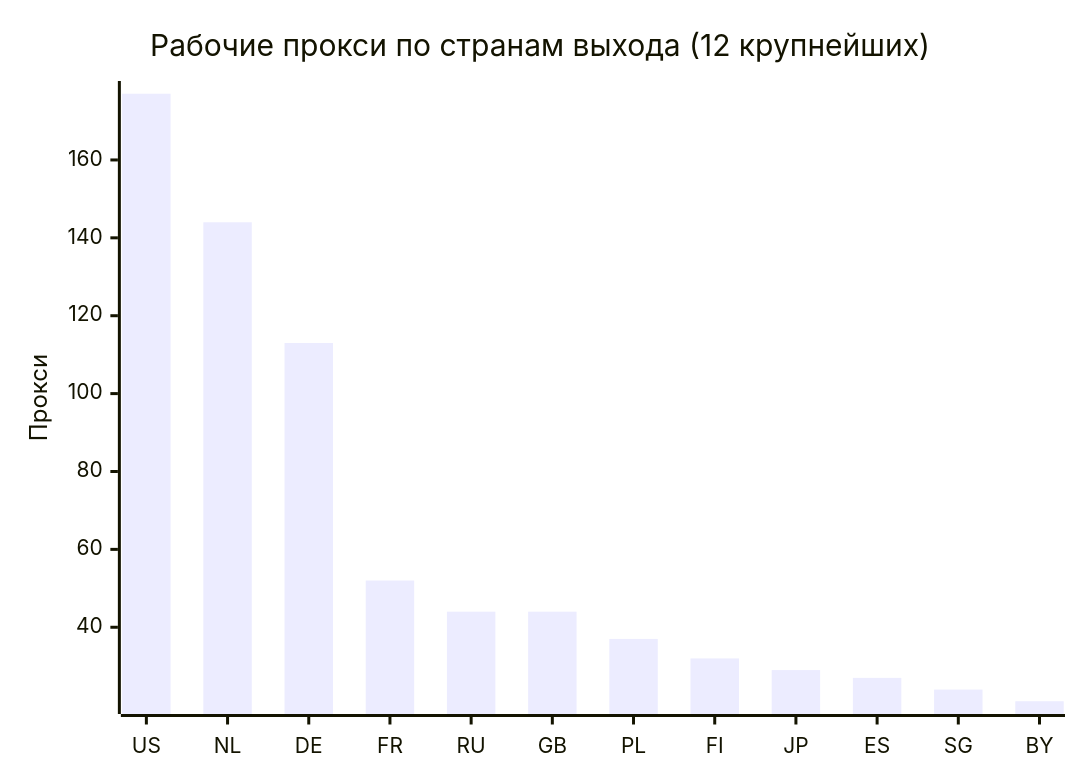
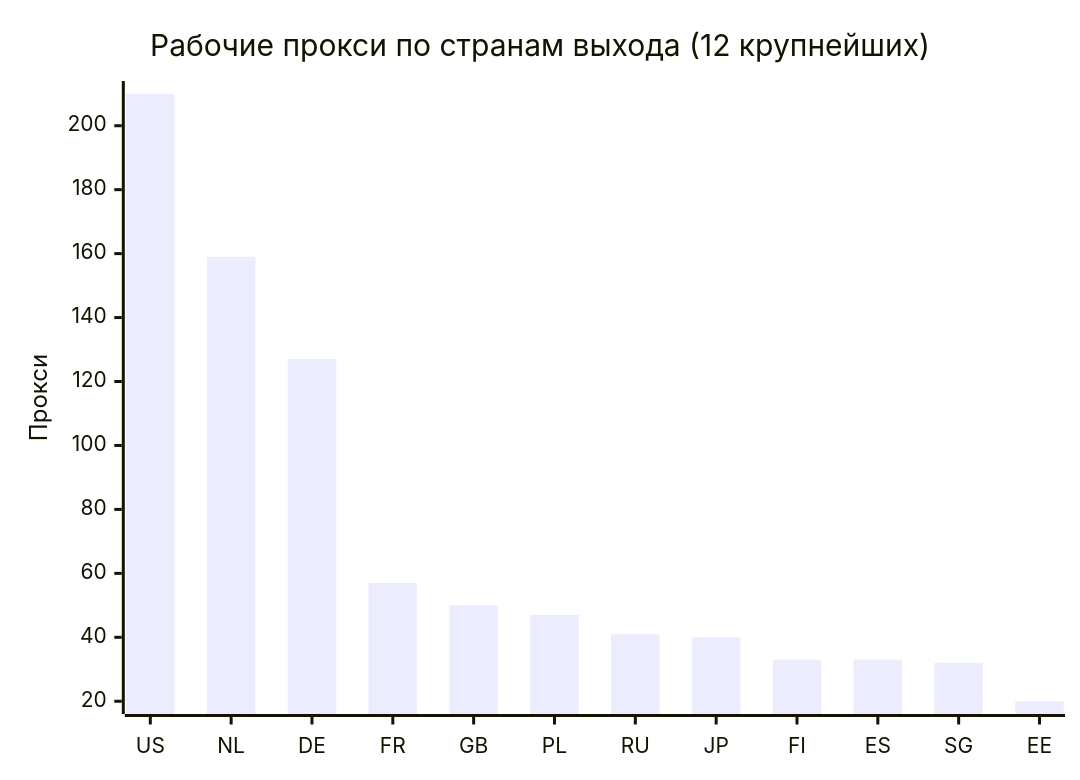
One commit to rvvg/proxy-subs changed the second of 4 diagrams in README.md. Above: the diagram before and after it, drawn with Mermaid. The commit also changed other lines of this file and 50 other files, not shown here.

````diff
--- a/README.md
+++ b/README.md
@@ -130,7 +130,7 @@
 ```mermaid
 xychart-beta
     title "Рабочие прокси по странам выхода (12 крупнейших)"
-    x-axis ["US", "NL", "DE", "FR", "RU", "GB", "PL", "FI", "JP", "ES", "SG", "BY"]
+    x-axis ["US", "NL", "DE", "FR", "GB", "PL", "RU", "JP", "FI", "ES", "SG", "EE"]
     y-axis "Прокси"
-    bar [177, 144, 113, 52, 44, 44, 37, 32, 29, 27, 24, 21]
+    bar [210, 159, 127, 57, 50, 47, 41, 40, 33, 33, 32, 20]
 ```
````
